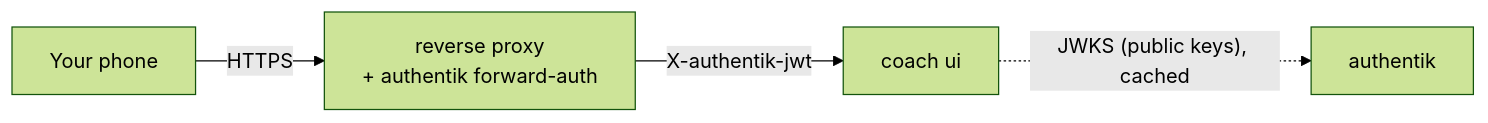
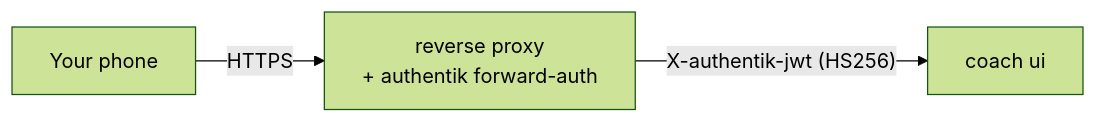
Before and after one commit to mmornati/ai-finance-coach: the second of 2 diagrams in docs/configuration/remote.md, drawn with Mermaid (forest theme). The commit also changed other lines of this file and 10 other files, not shown here.

````diff
--- a/docs/configuration/remote.md
+++ b/docs/configuration/remote.md
@@ -109,6 +109,5 @@
 ```mermaid
 flowchart LR
   P[Your phone] -- HTTPS --> R[reverse proxy<br/>+ authentik forward-auth]
-  R -- "X-authentik-jwt" --> A[coach ui]
-  A -. "JWKS (public keys), cached" .-> K[authentik]
+  R -- "X-authentik-jwt (HS256)" --> A[coach ui]
 ```
````
